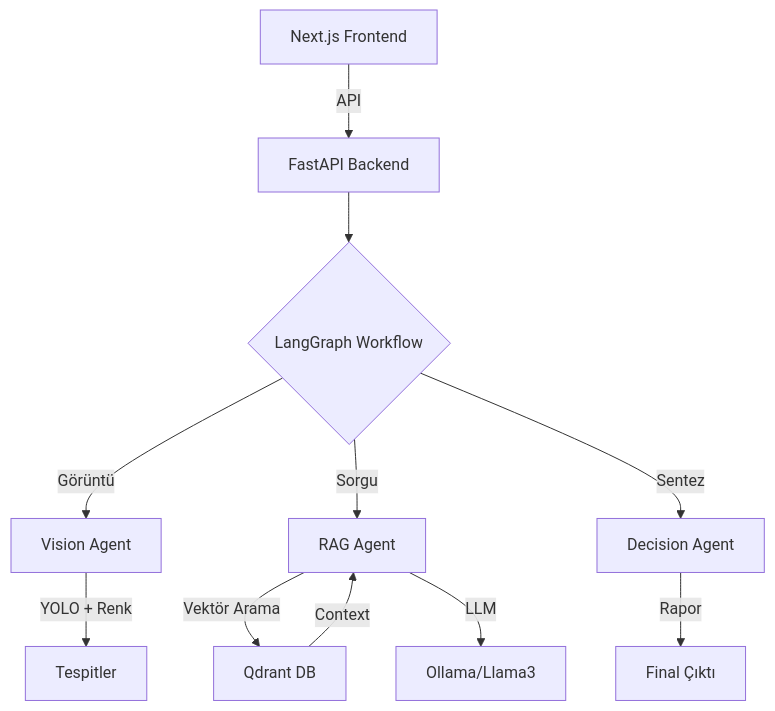
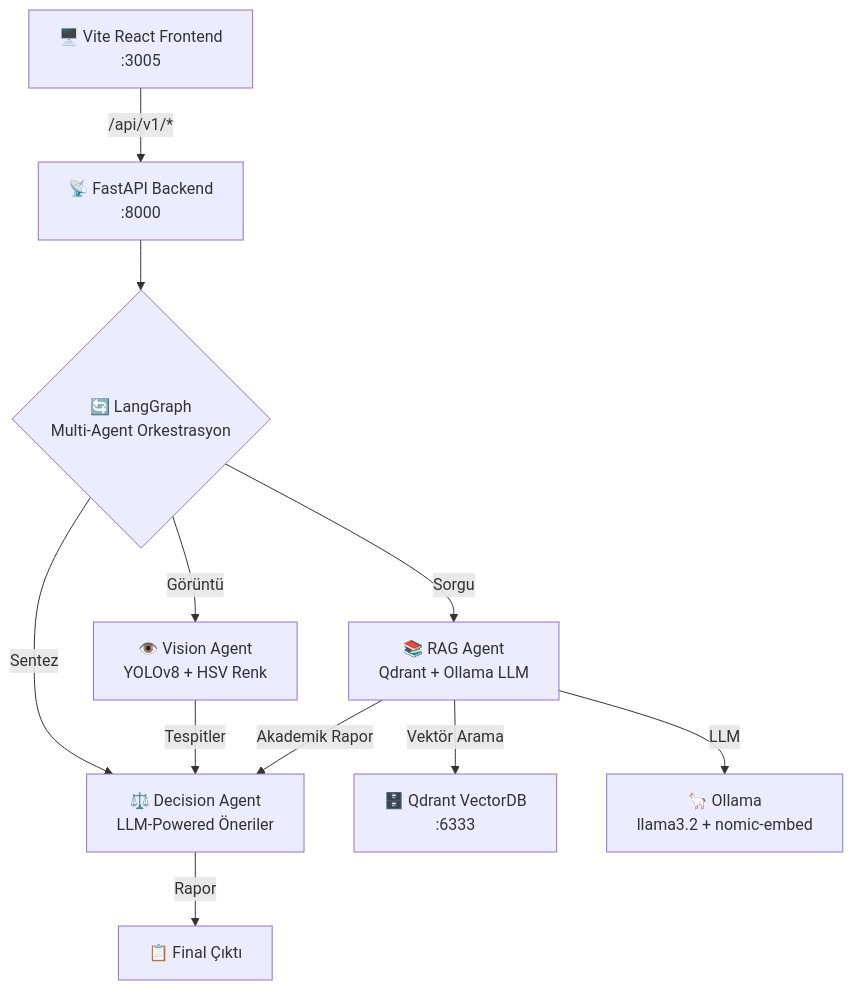
The diagram in README.md (saciducak/Topraksiz-Tarim-icin-production-ready-agent), drawn with Mermaid before and after one commit. The commit also changed other lines of this file and 22 other files, not shown here.

````diff
--- a/README.md
+++ b/README.md
@@ -31,13 +29,13 @@
 ```mermaid
 graph TD
-    A[Next.js Frontend] -->|API| B[FastAPI Backend]
-    B --> C{LangGraph Workflow}
-    C -->|Görüntü| D[Vision Agent]
-    D -->|YOLO + Renk| E[Tespitler]
-    C -->|Sorgu| F[RAG Agent]
-    F -->|Vektör Arama| G[Qdrant DB]
-    G -->|Context| F
-    F -->|LLM| H[Ollama/Llama3]
-    C -->|Sentez| I[Decision Agent]
-    I -->|Rapor| J[Final Çıktı]
+    A["🖥️ Vite React Frontend<br/>:3005"] -->|"/api/v1/*"| B["📡 FastAPI Backend<br/>:8000"]
+    B --> C{"🔄 LangGraph<br/>Multi-Agent Orkestrasyon"}
+    C -->|"Görüntü"| D["👁️ Vision Agent<br/>YOLOv8 + HSV Renk"]
+    C -->|"Sorgu"| F["📚 RAG Agent<br/>Qdrant + Ollama LLM"]
+    C -->|"Sentez"| I["⚖️ Decision Agent<br/>LLM-Powered Öneriler"]
+    D -->|"Tespitler"| I
+    F -->|"Akademik Rapor"| I
+    F -->|"Vektör Arama"| G["🗄️ Qdrant VectorDB<br/>:6333"]
+    F -->|"LLM"| H["🦙 Ollama<br/>llama3.2 + nomic-embed"]
+    I -->|"Rapor"| J["📋 Final Çıktı"]
 ```
````
